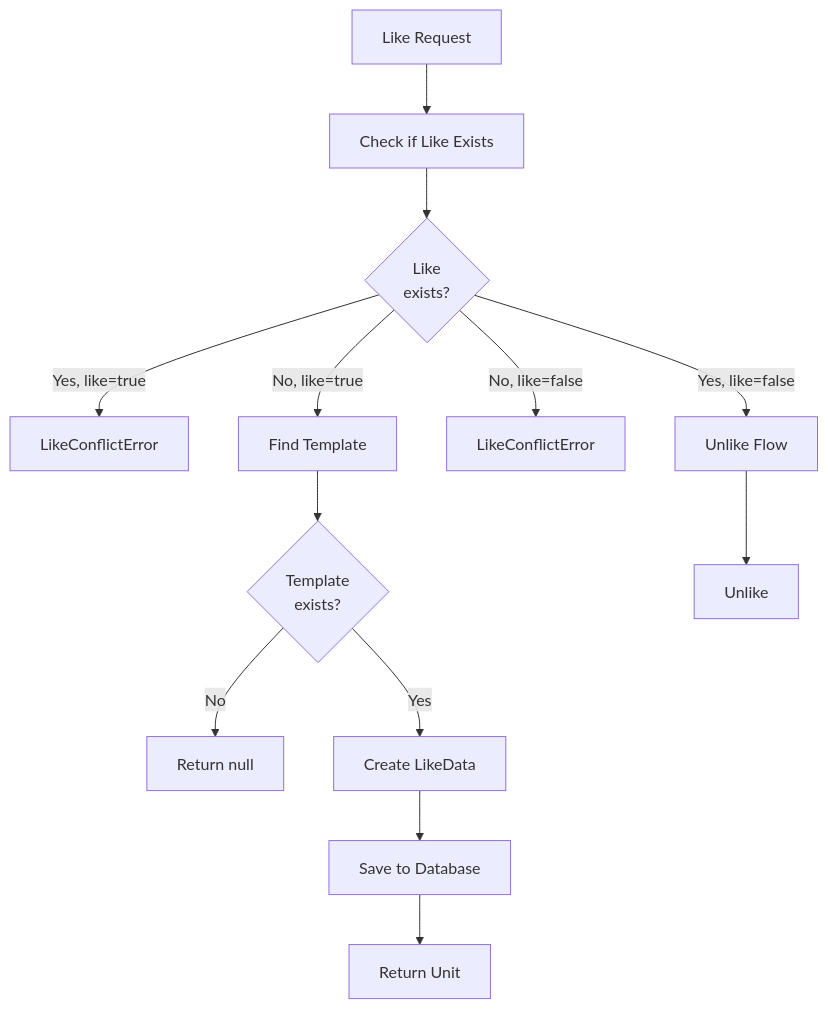
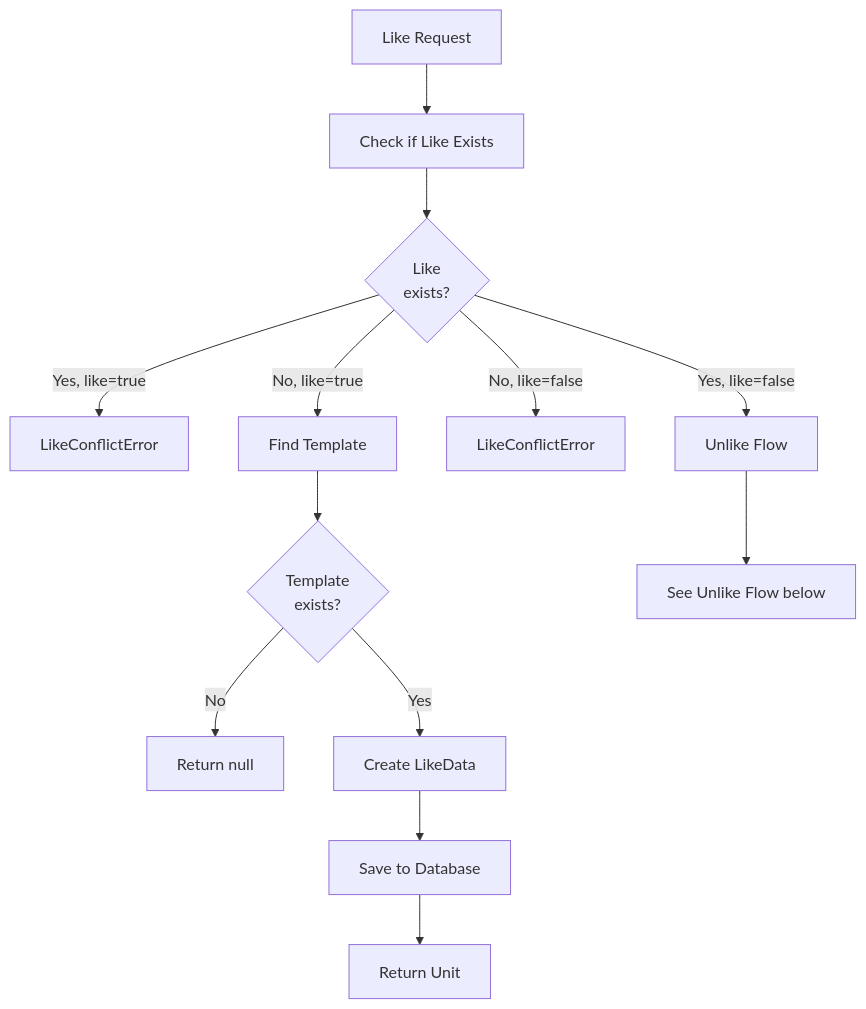
The first of 2 diagrams in docs/developer/algorithms/04-like-optimistic-locking.md (AtomiCloud/sulfone.zinc), drawn with Mermaid before and after one commit. The commit also changed 15 other files, not shown here.

````diff
--- a/docs/developer/algorithms/04-like-optimistic-locking.md
+++ b/docs/developer/algorithms/04-like-optimistic-locking.md
@@ -34,17 +34,17 @@
 ```mermaid
 flowchart TB
     Start[Like Request] --> CheckExists[Check if Like Exists]
     CheckExists --> LikeExists{Like<br/>exists?}
     LikeExists -->|Yes, like=true| Conflict[LikeConflictError]
     LikeExists -->|No, like=true| FindTemplate[Find Template]
     LikeExists -->|No, like=false| Conflict2[LikeConflictError]
     LikeExists -->|Yes, like=false| UnlikeFlow[Unlike Flow]
 
     FindTemplate --> TemplateFound{Template<br/>exists?}
     TemplateFound -->|No| ReturnNull[Return null]
     TemplateFound -->|Yes| CreateLike[Create LikeData]
     CreateLike --> Save[Save to Database]
     Save --> ReturnSuccess[Return Unit]
 
-    UnlikeFlow --> Unlike
+    UnlikeFlow --> UnlikeStart[See Unlike Flow below]
 ```
````
